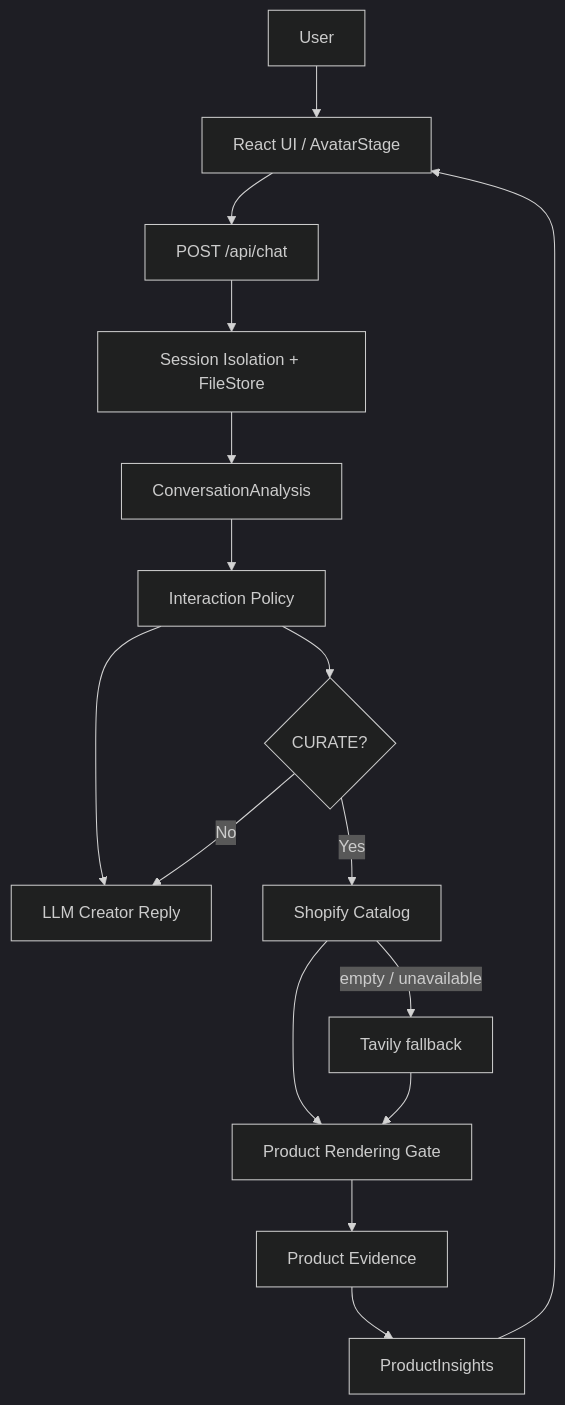
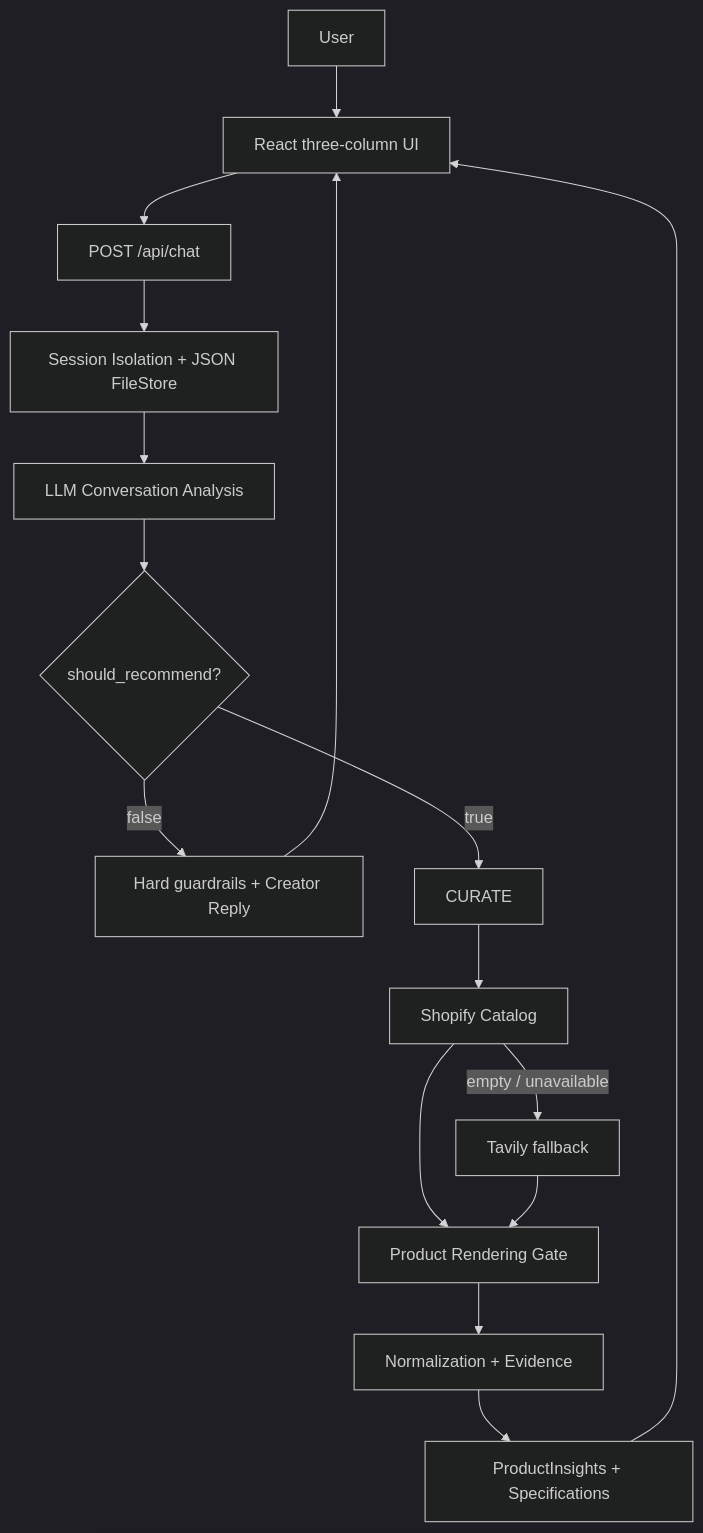
One commit to haomingweng3-eng/xiaoning-virtual-creator changed the diagram in docs/final-submission.md. Above: the diagram before and after it, drawn with Mermaid (dark theme). The commit also changed other lines of this file and 29 other files, not shown here.

````diff
--- a/docs/final-submission.md
+++ b/docs/final-submission.md
@@ -58,18 +27,18 @@
 ```mermaid
 flowchart TD
-    U[User] --> UI[React UI / AvatarStage]
+    U[User] --> UI[React three-column UI]
     UI --> API[POST /api/chat]
-    API --> S[Session Isolation + FileStore]
-    S --> A[ConversationAnalysis]
-    A --> P[Interaction Policy]
-    P --> L[LLM Creator Reply]
-    P --> C{CURATE?}
-    C -- No --> L
-    C -- Yes --> CP[Shopify Catalog]
-    CP -->|empty / unavailable| T[Tavily fallback]
-    CP --> G[Product Rendering Gate]
-    T --> G
-    G --> E[Product Evidence]
-    E --> I[ProductInsights]
+    API --> S[Session Isolation + JSON FileStore]
+    S --> A[LLM Conversation Analysis]
+    A --> D{should_recommend?}
+    D -- false --> G[Hard guardrails + Creator Reply]
+    D -- true --> C[CURATE]
+    C --> P[Shopify Catalog]
+    P -->|empty / unavailable| T[Tavily fallback]
+    P --> E[Product Rendering Gate]
+    T --> E
+    E --> N[Normalization + Evidence]
+    N --> I[ProductInsights + Specifications]
     I --> UI
+    G --> UI
 ```
````
